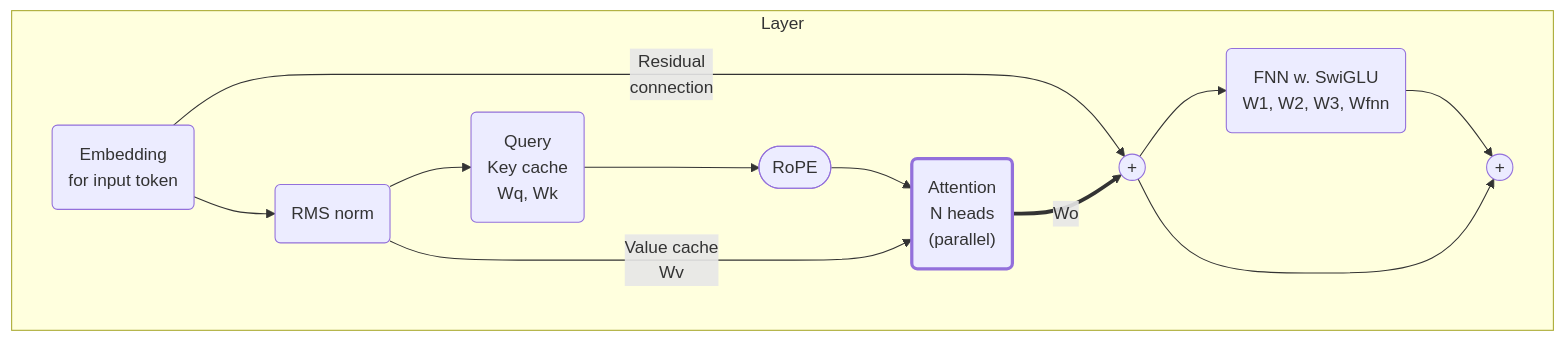
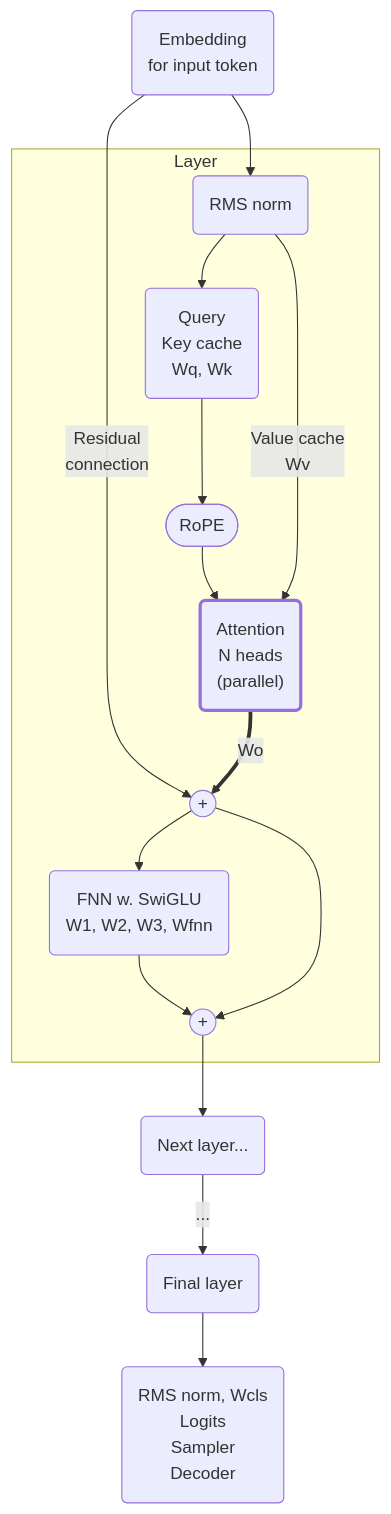
One commit to jakub-m/llama2-rs changed the first of 2 diagrams in README.md. Above: the diagram before and after it, drawn with Mermaid. The commit also changed 1 other file, not shown here.

````diff
--- a/README.md
+++ b/README.md
@@ -26,40 +26,48 @@
 ```mermaid
 flowchart TD
 
 add_fnn_swiglu(("+"))
 add_residual(("+"))
 attention("Attention <br> N heads <br> (parallel)")
 embedding("Embedding <br> for input token")
 fnn_swiglu("FNN w. SwiGLU <br> W1, W2, W3, Wfnn")
+layer_2("Next layer...")
+layer_3("Final layer")
+logits_sampler_decoder("RMS norm, Wcls <br> Logits <br> Sampler <br> Decoder")
 query_key("Query <br> Key cache <br> Wq, Wk")
 rms_norm_emb("RMS norm")
 rope(["RoPE"])
 
 
 embedding --> rms_norm_emb
+embedding--"Residual <br> connection"-->add_residual
 
 %%%% layer internals %%%%
 subgraph "Layer"
 
 rms_norm_emb --> query_key
 query_key --> rope
 rope --> attention
 rms_norm_emb --"Value cache <br> Wv"--> attention
 
-
-embedding--"Residual <br> connection"-->add_residual
 attention=="Wo"==>add_residual
 
 add_residual --> fnn_swiglu
 fnn_swiglu --> add_fnn_swiglu
 add_residual --> add_fnn_swiglu
 
 end
 %%%% end layer internals %%%%
 
+add_fnn_swiglu --> layer_2
+layer_2 --"..."--> layer_3
+layer_3 --> logits_sampler_decoder
+
+
+
 %% styles
 classDef dashed fill:#fff,stroke:#000,stroke-dasharray: 5 5;
 classDef fat stroke-width: 3px;
 class attention fat
 
 ```
````
